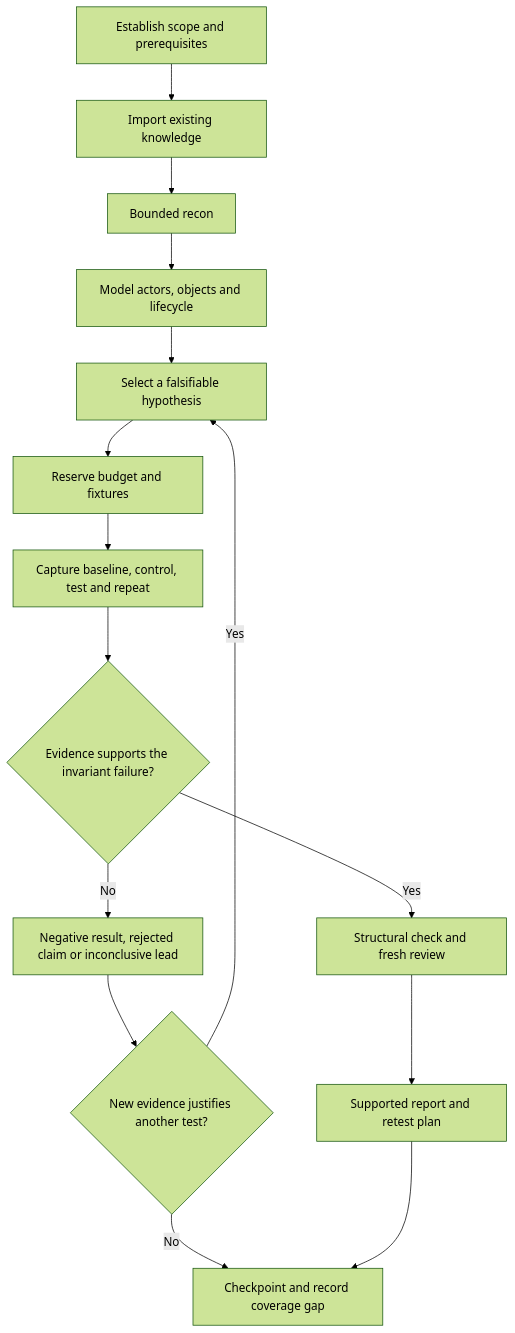
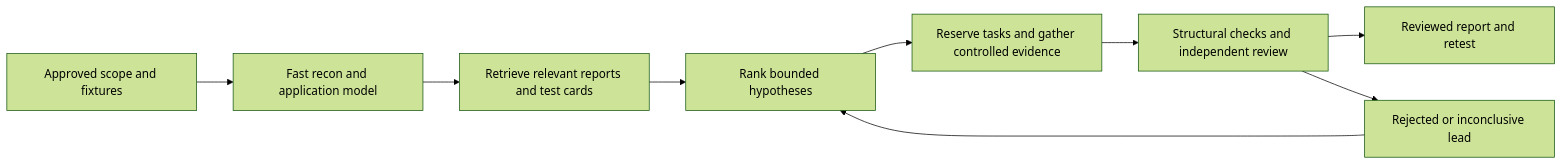
Before and after one commit to NipunDilshanSenevirathne/Redhood: the diagram in README.md, drawn with Mermaid (forest theme). The commit also changed other lines of this file and 8 other files, not shown here.

````diff
--- a/README.md
+++ b/README.md
@@ -259,17 +11,11 @@
 ```mermaid
-flowchart TD
-  A["Establish scope and prerequisites"] --> B["Import existing knowledge"]
-  B --> C["Bounded recon"]
-  C --> D["Model actors, objects and lifecycle"]
-  D --> E["Select a falsifiable hypothesis"]
-  E --> F["Reserve budget and fixtures"]
-  F --> G["Capture baseline, control, test and repeat"]
-  G --> H{"Evidence supports the invariant failure?"}
-  H -->|No| I["Negative result, rejected claim or inconclusive lead"]
-  H -->|Yes| J["Structural check and fresh review"]
-  J --> K["Supported report and retest plan"]
-  I --> L{"New evidence justifies another test?"}
-  L -->|Yes| E
-  L -->|No| M["Checkpoint and record coverage gap"]
-  K --> M
+flowchart LR
+  A[Approved scope and fixtures] --> B[Fast recon and application model]
+  B --> C[Retrieve relevant reports and test cards]
+  C --> D[Rank bounded hypotheses]
+  D --> E[Reserve tasks and gather controlled evidence]
+  E --> F[Structural checks and independent review]
+  F --> G[Reviewed report and retest]
+  F --> H[Rejected or inconclusive lead]
+  H --> D
 ```
````
